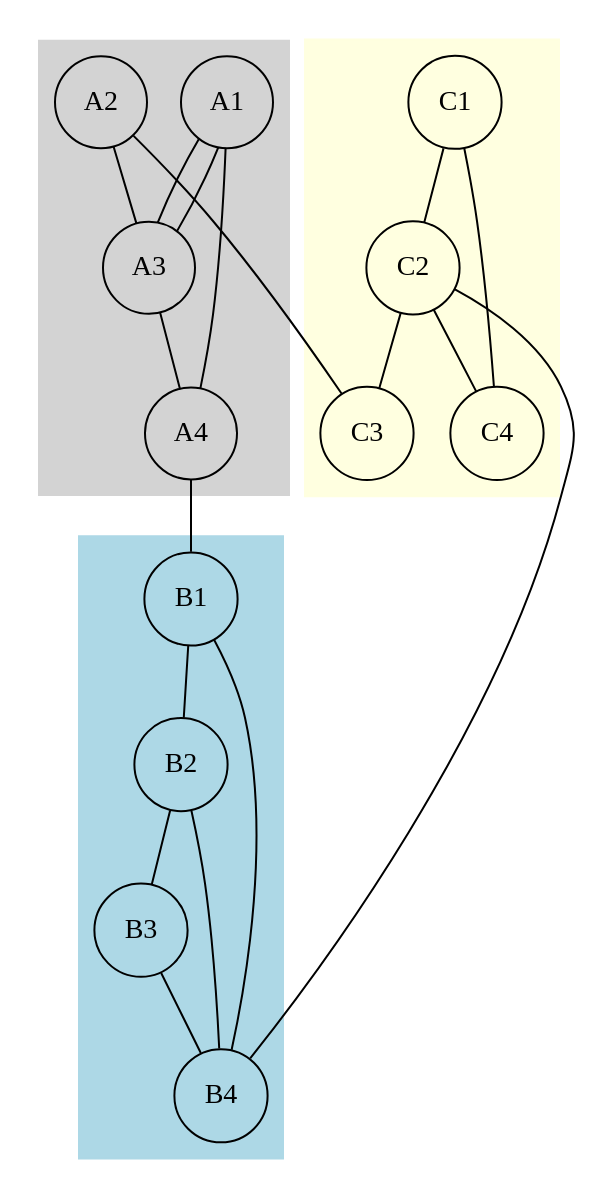
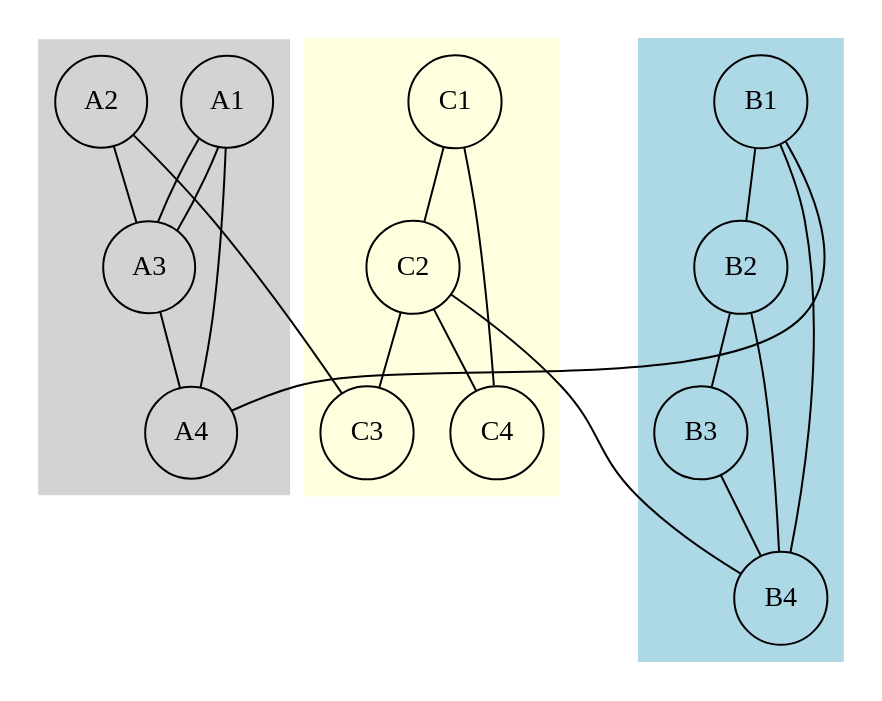
Before and after one commit to marko-lazarevic/dynamic-graphs-data-structures-and-algorithms: the diagram in thesis/communitygraph.dot, drawn with Graphviz. The commit also changed 8 other files, not shown here.

```diff
--- a/thesis/communitygraph.dot
+++ b/thesis/communitygraph.dot
@@ -1,38 +1,38 @@
 digraph communitygraph {
 node [shape=circle];
 edge [dir=none];
 
 subgraph cluster_A {
 style=filled;
 color=lightgrey;
 
 A1 -> A3;
 A2 -> A3;
 A3 -> A4;
 A4 -> A1;
 A1 -> A3;
 }
 
 subgraph cluster_B {
 style=filled;
 color=lightblue;
 B1 -> B2;
 B2 -> B3;
 B3 -> B4;
 B1 -> B4;
 B2 -> B4;
 }
 
 subgraph cluster_C {
 style=filled;
 color=lightyellow;
 C1 -> C2;
 C2 -> C3;
 C4 -> C1;
 C2 -> C4;
 }
 
-A4 -> B1;
+A4 -> B1 [constraint=false];
 B4 -> C2 [constraint=false];
 A2 -> C3 [constraint=false];
 }
```
